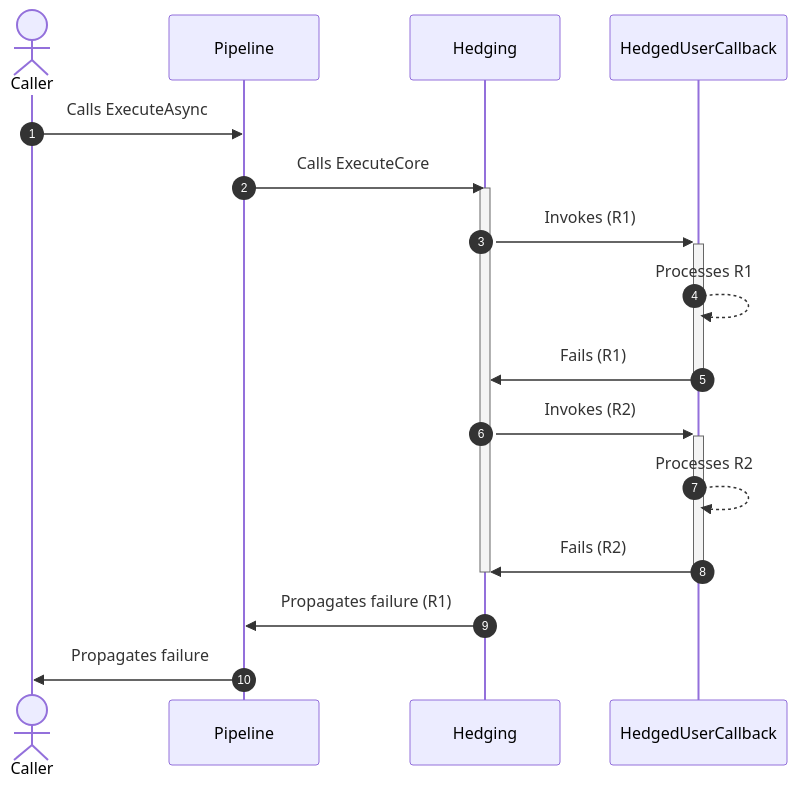
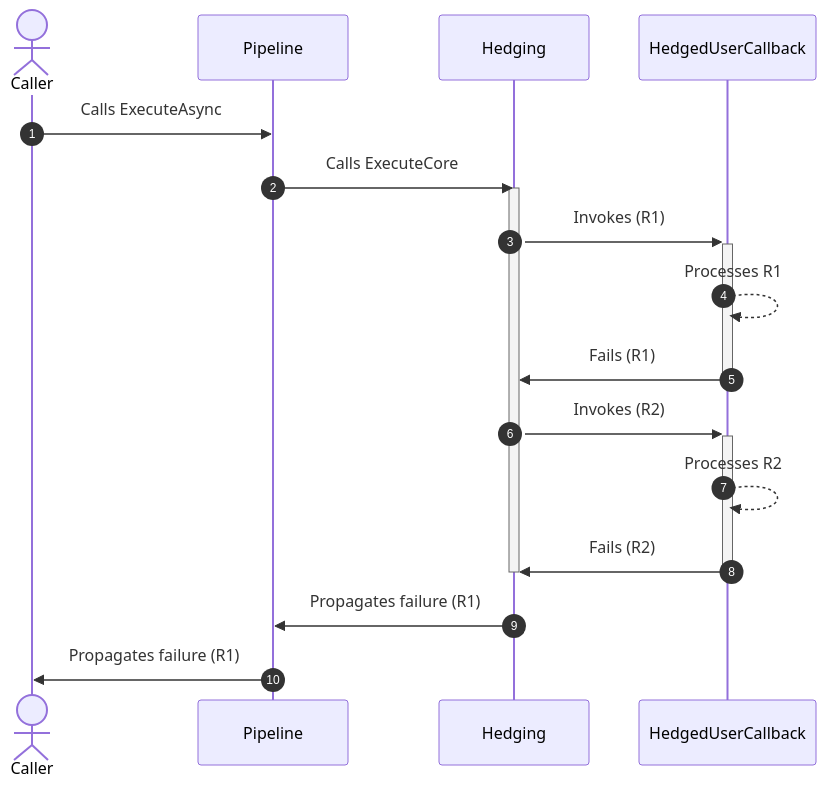
Before and after one commit to App-vNext/Polly: the fourth of 8 diagrams in docs/strategies/hedging.md, drawn with Mermaid. The commit also changed other lines of this file, not shown here.

Commit message:
Updates hedging diagrams based on feedbacks

````diff
--- a/docs/strategies/hedging.md
+++ b/docs/strategies/hedging.md
@@ -194,24 +194,24 @@
 ```mermaid
 sequenceDiagram
     autonumber
     actor C as Caller
     participant P as Pipeline
     participant H as Hedging
     participant HUC as HedgedUserCallback
 
     C->>P: Calls ExecuteAsync
     P->>H: Calls ExecuteCore
     activate H
 
     H->>+HUC: Invokes (R1)
     HUC-->>HUC: Processes R1
     HUC->>-H: Fails (R1)
 
     H->>+HUC: Invokes (R2)
     HUC-->>HUC: Processes R2
     HUC->>-H: Fails (R2)
 
     deactivate H
     H->>P: Propagates failure (R1)
-    P->>C: Propagates failure
+    P->>C: Propagates failure (R1)
 ```
````
